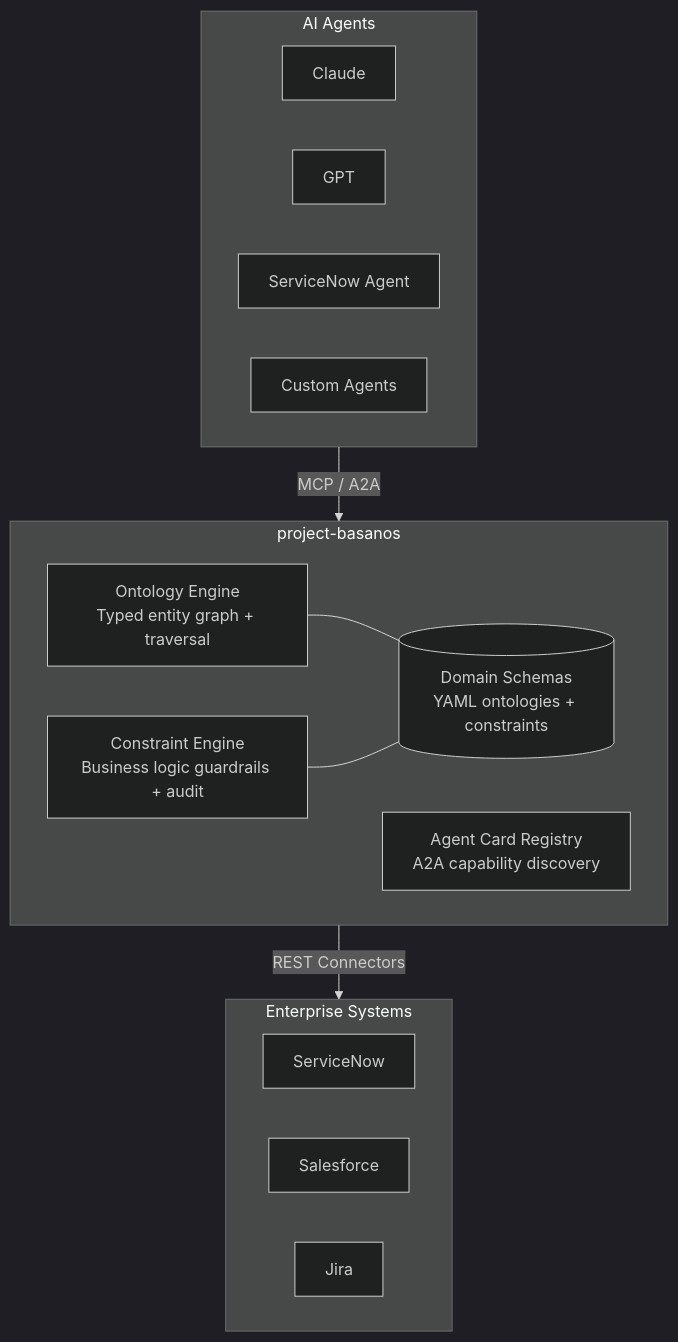
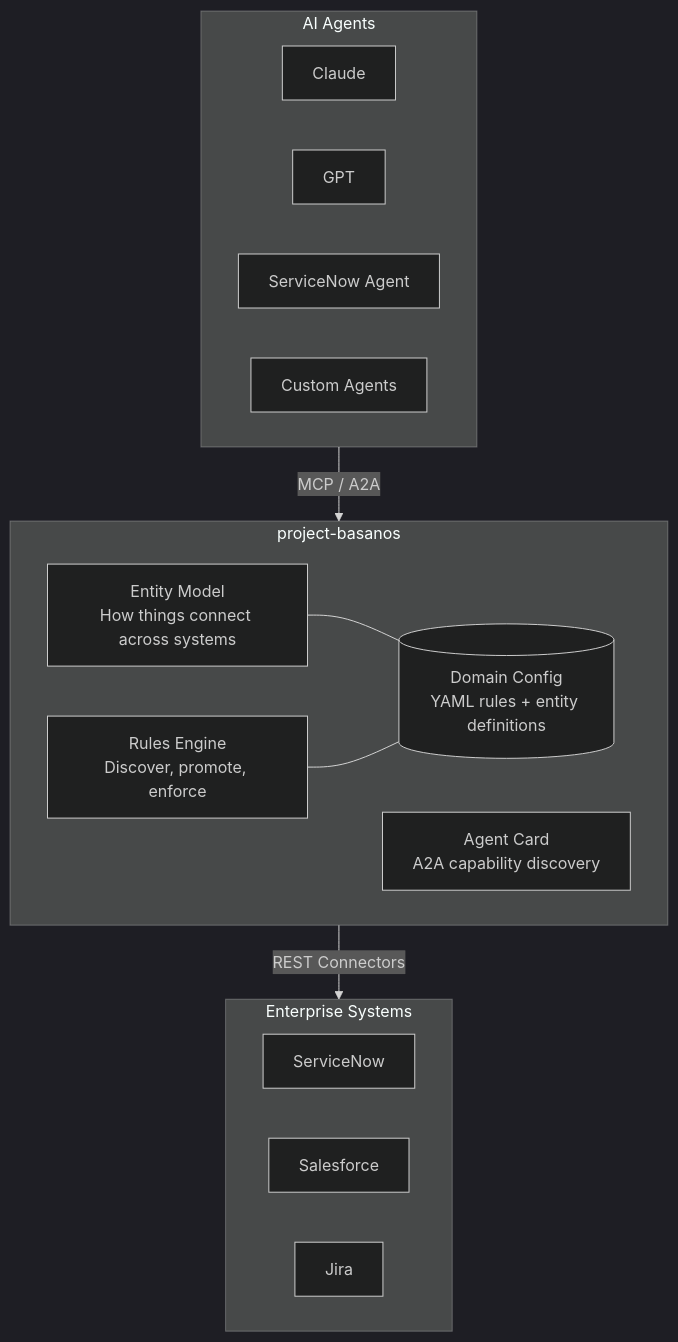
One commit to leojacinto/project-basanos changed the first of 5 diagrams in README.md. Above: the diagram before and after it, drawn with Mermaid (dark theme). The commit also changed other lines of this file and 3 other files, not shown here.

First line of the commit message:
rebrand: Multi-system Agentic Rules Engine

````diff
--- a/README.md
+++ b/README.md
@@ -45,27 +30,27 @@
 ```mermaid
 flowchart TD
     subgraph Agents["AI Agents"]
         A1[Claude]
         A2[GPT]
         A3[ServiceNow Agent]
         A4[Custom Agents]
     end
 
     subgraph Basanos["project-basanos"]
-        OE[Ontology Engine<br/>Typed entity graph + traversal]
-        CE[Constraint Engine<br/>Business logic guardrails + audit]
-        AC[Agent Card Registry<br/>A2A capability discovery]
-        DS[(Domain Schemas<br/>YAML ontologies + constraints)]
+        OE[Entity Model<br/>How things connect across systems]
+        CE[Rules Engine<br/>Discover, promote, enforce]
+        AC[Agent Card<br/>A2A capability discovery]
+        DS[(Domain Config<br/>YAML rules + entity definitions)]
         OE --- DS
         CE --- DS
     end
 
     subgraph Systems["Enterprise Systems"]
         SN[ServiceNow]
         SF[Salesforce]
         JR[Jira]
     end
 
     Agents -->|MCP / A2A| Basanos
     Basanos -->|REST Connectors| Systems
 ```
````
